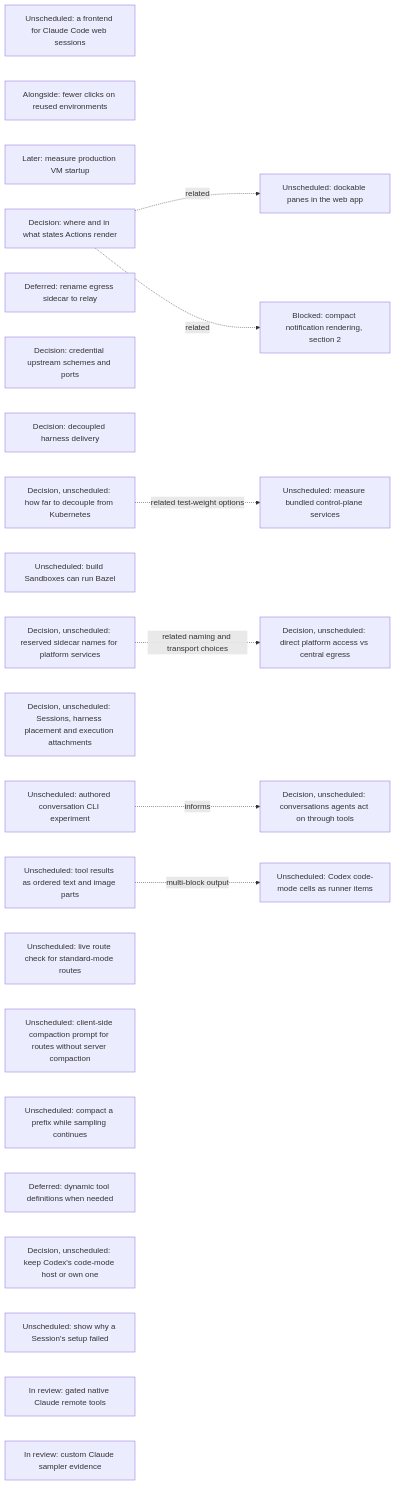
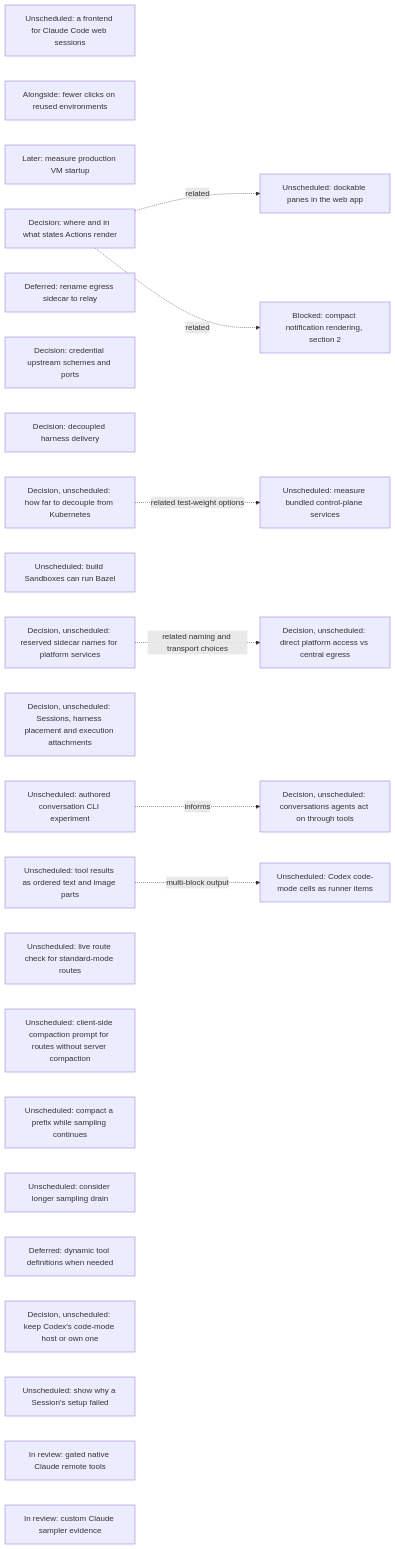
The seventh of 18 diagrams in agentplane/plans/task_dag.md (agentydragon/ducktape), drawn with Mermaid before and after one commit. The commit also changed other lines of this file, not shown here.

Commit message:
Track central sampler drain budget review

````diff
--- a/agentplane/plans/task_dag.md
+++ b/agentplane/plans/task_dag.md
@@ -1098,35 +1098,36 @@
 ```mermaid
 flowchart LR
     CLAUDE_CODE_WEB_BRIDGE[Unscheduled: a frontend for Claude Code web sessions]
     SESSION_LAUNCH_FRICTION[Alongside: fewer clicks on reused environments]
     VM_STARTUP_LATENCY[Later: measure production VM startup]
     ACTION_SURFACES_DESIGN[Decision: where and in what states Actions render]
     EGRESS_RELAY_RENAME[Deferred: rename egress sidecar to relay]
     EGRESS_CREDENTIAL_TRANSPORT_DESIGN[Decision: credential upstream schemes and ports]
     RUNNER_HARNESS_DELIVERY_DESIGN[Decision: decoupled harness delivery]
     K3S_BUNDLED_SERVICES_SPIKE[Unscheduled: measure bundled control-plane services]
     KUBERNETES_DECOUPLING_DESIGN[Decision, unscheduled: how far to decouple from Kubernetes]
     KUBERNETES_DECOUPLING_DESIGN -. related test-weight options .-> K3S_BUNDLED_SERVICES_SPIKE
     DOCKABLE_PANES[Unscheduled: dockable panes in the web app]
     ACTION_SURFACES_DESIGN -. related .-> DOCKABLE_PANES
     NOTIFICATION_PRESENTATION[Blocked: compact notification rendering, section 2]
     ACTION_SURFACES_DESIGN -. related .-> NOTIFICATION_PRESENTATION
     BUILD_BOX_BAZEL[Unscheduled: build Sandboxes can run Bazel]
     PLATFORM_SERVICE_NAMES_DESIGN[Decision, unscheduled: reserved sidecar names for platform services]
     PLATFORM_SERVICE_ROUTING_DESIGN[Decision, unscheduled: direct platform access vs central egress]
     PLATFORM_SERVICE_NAMES_DESIGN -. related naming and transport choices .-> PLATFORM_SERVICE_ROUTING_DESIGN
     SESSION_RUNTIME_MODEL_DESIGN[Decision, unscheduled: Sessions, harness placement and execution attachments]
     AGENT_AUTHORED_CONVERSATIONS_DESIGN[Decision, unscheduled: conversations agents act on through tools]
     AGENT_AUTHORED_CONVERSATIONS_EXPERIMENT[Unscheduled: authored conversation CLI experiment]
     AGENT_AUTHORED_CONVERSATIONS_EXPERIMENT -. informs .-> AGENT_AUTHORED_CONVERSATIONS_DESIGN
     STRUCTURED_TOOL_OUTPUT[Unscheduled: tool results as ordered text and image parts]
     STRUCTURED_TOOL_OUTPUT -. multi-block output .-> CODEX_CODE_MODE_CELLS[Unscheduled: Codex code-mode cells as runner items]
     CENTRAL_SAMPLER_MODEL_CAPABILITIES[Unscheduled: live route check for standard-mode routes]
     CENTRAL_SAMPLER_PROMPT_COMPACTION[Unscheduled: client-side compaction prompt for routes without server compaction]
     CENTRAL_SAMPLER_BACKGROUND_COMPACTION[Unscheduled: compact a prefix while sampling continues]
+    CENTRAL_SAMPLER_DRAIN_BUDGET[Unscheduled: consider longer sampling drain]
     CENTRAL_SAMPLER_DYNAMIC_TOOLS[Deferred: dynamic tool definitions when needed]
     CODE_MODE_HOST_DESIGN[Decision, unscheduled: keep Codex's code-mode host or own one]
     SESSION_SETUP_FAILURE_CAUSE[Unscheduled: show why a Session's setup failed]
     CLAUDE_REMOTE_EXECUTION_SPIKE[In review: gated native Claude remote tools]
     CLAUDE_CUSTOM_SAMPLER[In review: custom Claude sampler evidence]
 ```
````
